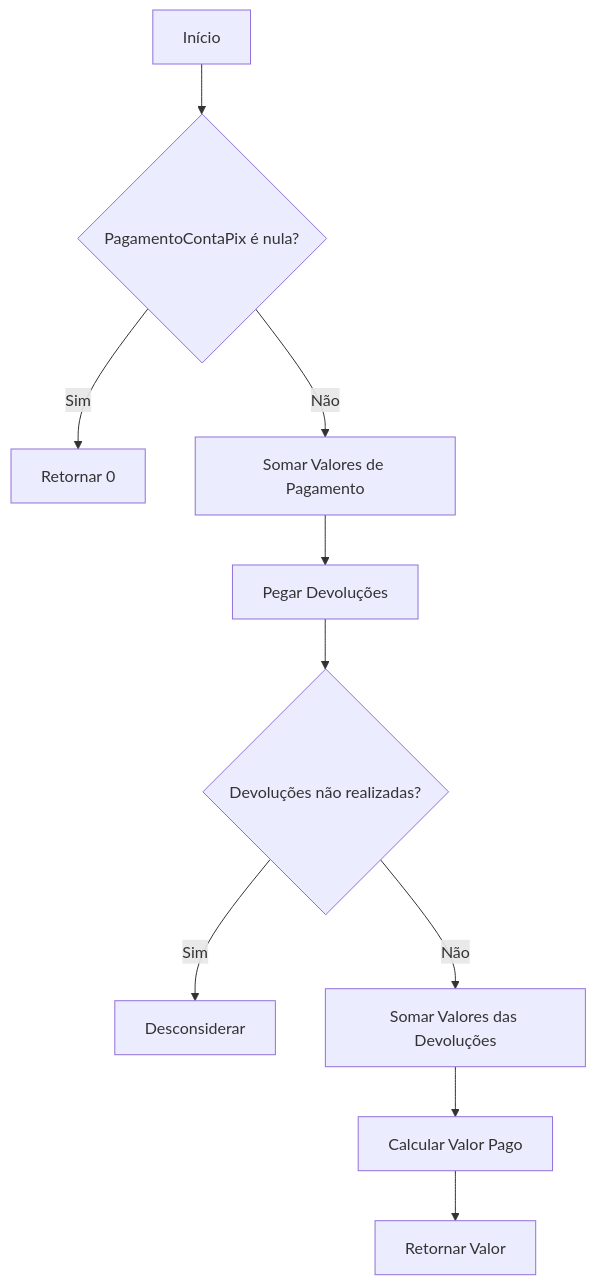
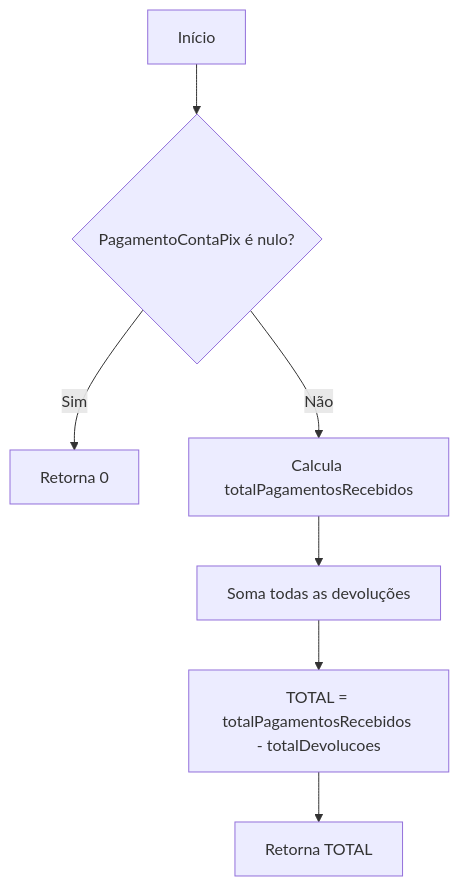
Before and after one commit to IsthmusSistemas/documentacao-tecnica: the first of 2 diagrams in docs/b2b-dominio/IsthmusWinthor.Nucleo/IsthmusWinthor.Dominio/Entidades/ContaPix.md, drawn with Mermaid. The commit also changed other lines of this file and 882 other files, not shown here.

````diff
--- a/docs/b2b-dominio/IsthmusWinthor.Nucleo/IsthmusWinthor.Dominio/Entidades/ContaPix.md
+++ b/docs/b2b-dominio/IsthmusWinthor.Nucleo/IsthmusWinthor.Dominio/Entidades/ContaPix.md
@@ -21,12 +22,9 @@
 ```mermaid
 flowchart TD
-    A[Início] --> B{PagamentoContaPix é nula?}
-    B -- Sim --> C[Retornar 0]
-    B -- Não --> D[Somar Valores de Pagamento]
-    D --> E[Pegar Devoluções]
-    E --> F{Devoluções não realizadas?}
-    F -- Sim --> G[Desconsiderar]
-    F -- Não --> H[Somar Valores das Devoluções]
-    H --> I[Calcular Valor Pago]
-    I --> J[Retornar Valor]
+    A[Início] --> B{PagamentoContaPix é nulo?}
+    B -- Sim --> C[Retorna 0]
+    B -- Não --> D[Calcula totalPagamentosRecebidos]
+    D --> E[Soma todas as devoluções]
+    E --> F[TOTAL = totalPagamentosRecebidos - totalDevolucoes]
+    F --> G[Retorna TOTAL]
 ```
````
